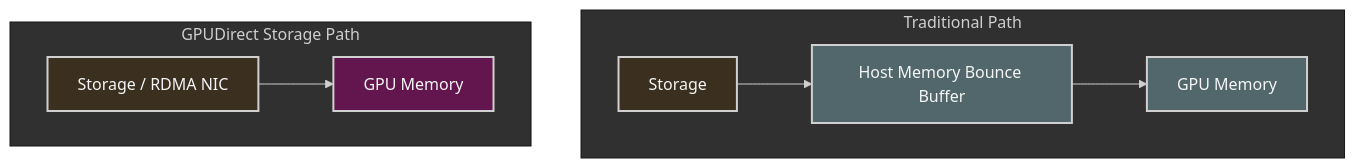
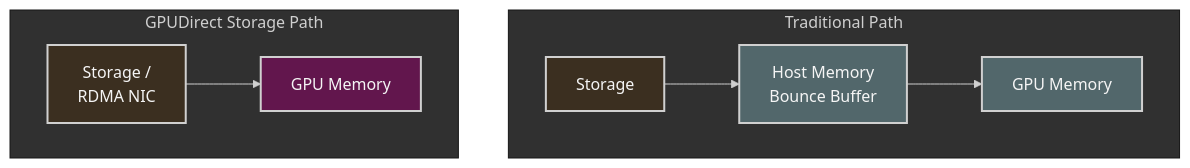
The third of 16 diagrams in systems-performance/chap05/README.md (ziwon/ai-data-center-network), drawn with Mermaid before and after one commit. The commit also changed other lines of this file, not shown here.

Commit message:
docs(chap05): align formatting and fix Mermaid labels

````diff
--- a/systems-performance/chap05/README.md
+++ b/systems-performance/chap05/README.md
@@ -154,19 +154,19 @@
 ```mermaid
 %%{init: {"theme": "base", "themeVariables": {"background": "#171717", "primaryColor": "#232323", "primaryTextColor": "#f5f5f5", "primaryBorderColor": "#d0d0d0", "lineColor": "#cfcfcf", "fontFamily": "Inter, Arial, sans-serif"}}}%%
 flowchart TB
-    subgraph Traditional[Traditional Path]
-        S1[Storage] --> M1[Host Memory Bounce Buffer] --> G1[GPU Memory]
+    subgraph Traditional["Traditional Path"]
+        S1[Storage] --> M1[Host Memory<br/>Bounce Buffer] --> G1[GPU Memory]
     end
 
-    subgraph GDSPath[GPUDirect Storage Path]
-        S2[Storage / RDMA NIC] --> G2[GPU Memory]
+    subgraph GDSPath["GPUDirect Storage Path"]
+        S2[Storage /<br/>RDMA NIC] --> G2[GPU Memory]
     end
 
     classDef primary fill:#232323,stroke:#d0d0d0,color:#f5f5f5,stroke-width:2px;
     classDef secondary fill:#3b2f20,stroke:#d0d0d0,color:#f5f5f5,stroke-width:2px;
     classDef note fill:#52676b,stroke:#d0d0d0,color:#f5f5f5,stroke-width:2px;
     classDef accent fill:#62164d,stroke:#d0d0d0,color:#f5f5f5,stroke-width:2px;
     class S1,S2 secondary
     class M1,G1 note
     class G2 accent
 ```
````
